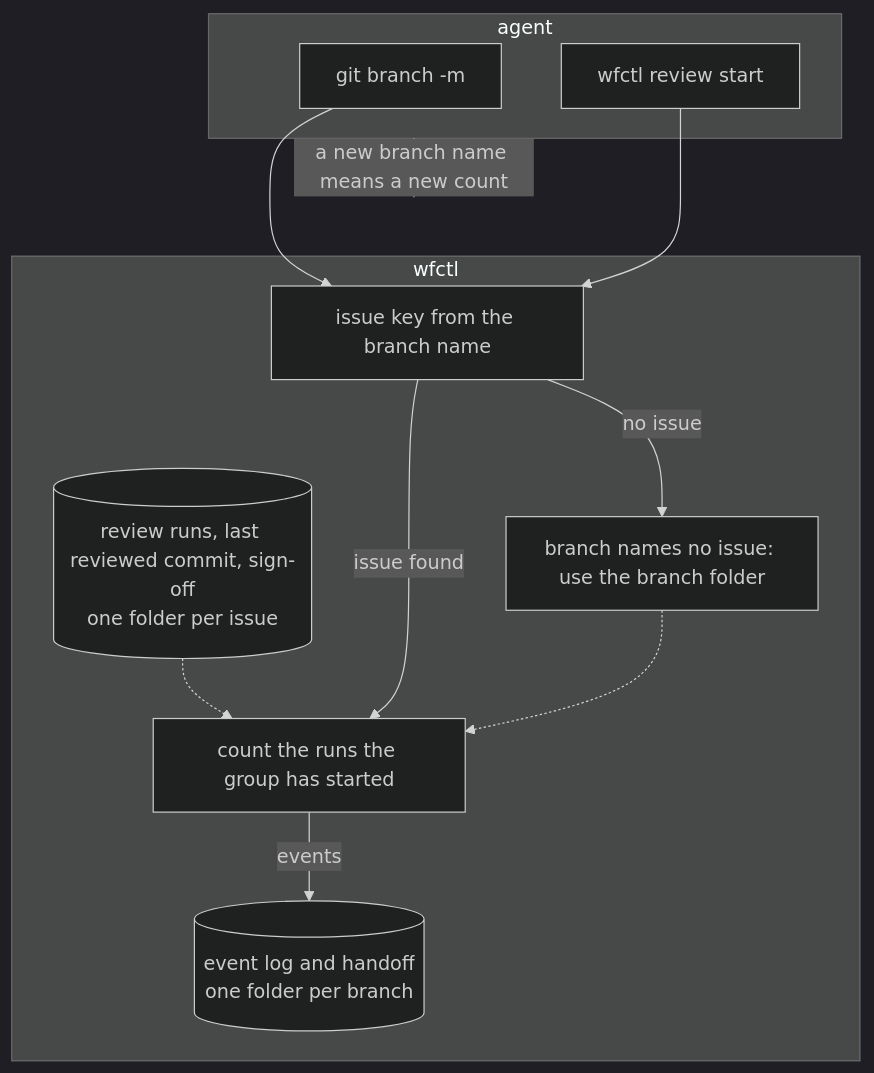
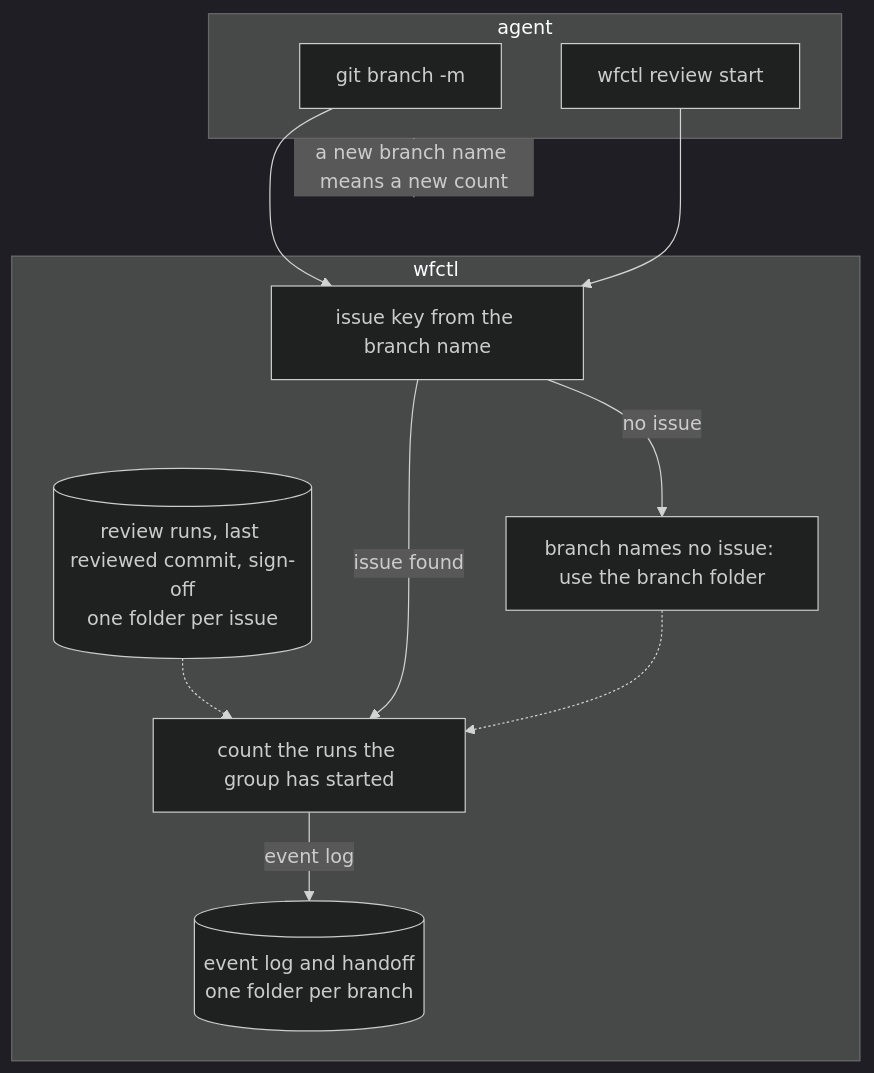
The diagram in docs/architecture/review-round-issue-key.md (aamarin/wfctl), drawn with Mermaid (dark theme) before and after one commit.

Commit message:
docs(architecture): label the drawing's event log edge to match the record's text

````diff
--- a/docs/architecture/review-round-issue-key.md
+++ b/docs/architecture/review-round-issue-key.md
@@ -57,23 +57,23 @@
 ```mermaid
 flowchart TB
   subgraph agent["agent"]
     rename["git branch -m"]
     start["wfctl review start"]
   end
   subgraph wfctl
     key["issue key from the branch name"]
     issue[("review runs, last reviewed commit, sign-off<br/>one folder per issue")]
     branch[("event log and handoff<br/>one folder per branch")]
     count["count the runs the group has started"]
     nokey["branch names no issue: use the branch folder"]
   end
 
   rename --> key
   start --> key
   key -- "issue found" --> count
   key -- "no issue" --> nokey
   issue -.-> count
   nokey -.-> count
-  count -- "events" --> branch
+  count -- "event log" --> branch
   agent -- "a new branch name means a new count" --x wfctl
 ```
````
